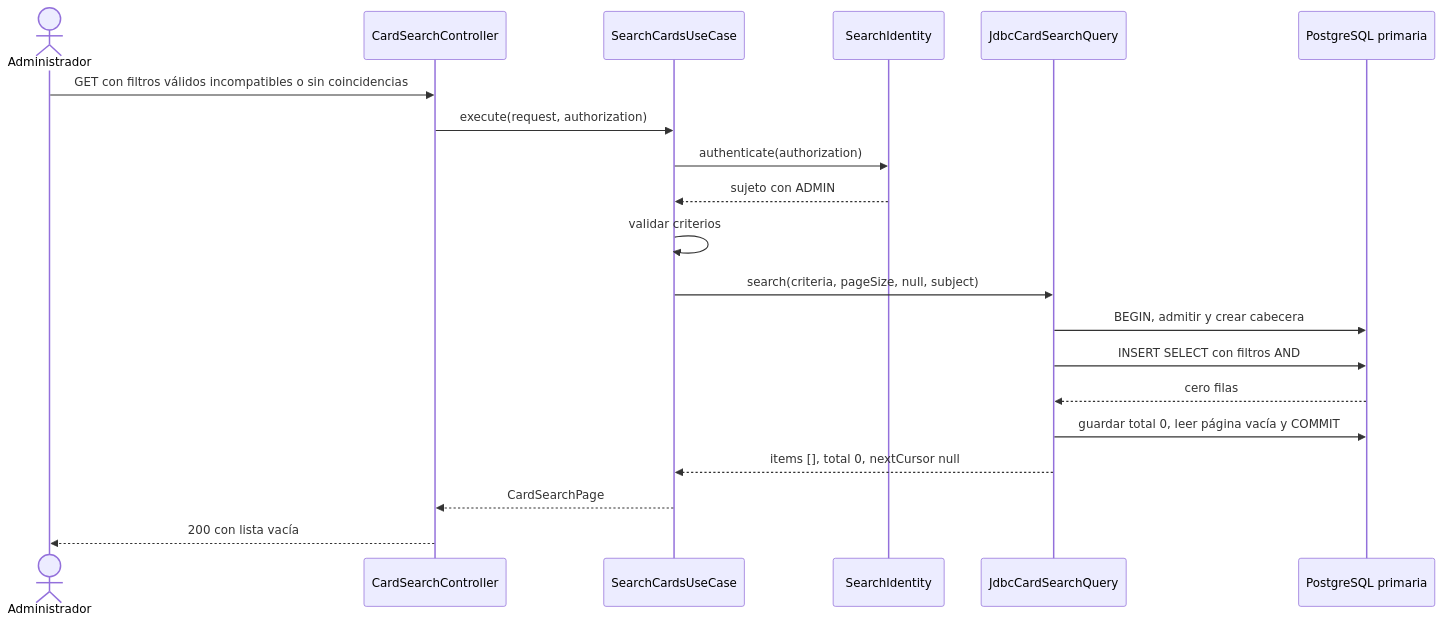
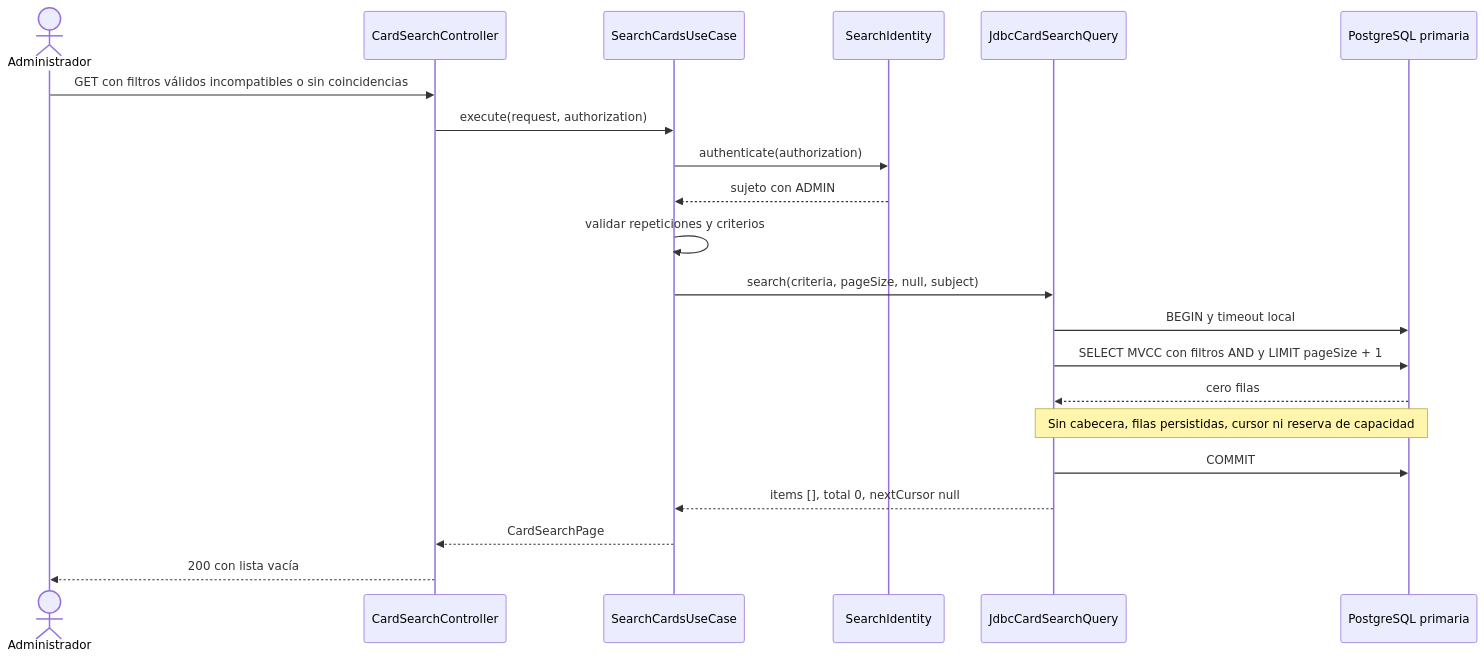
The diagram in pokearena/docs/diagrams/us39-no-matches.mmd (a-alfaro19/PokeArena), drawn with Mermaid before and after one commit. The commit also changed 15 other files, not shown here.

```diff
--- a/pokearena/docs/diagrams/us39-no-matches.mmd
+++ b/pokearena/docs/diagrams/us39-no-matches.mmd
@@ -1,20 +1,21 @@
 sequenceDiagram
     actor Admin as Administrador
     participant Web as CardSearchController
     participant App as SearchCardsUseCase
     participant Identity as SearchIdentity
     participant Query as JdbcCardSearchQuery
     participant DB as PostgreSQL primaria
     Admin->>Web: GET con filtros válidos incompatibles o sin coincidencias
     Web->>App: execute(request, authorization)
     App->>Identity: authenticate(authorization)
     Identity-->>App: sujeto con ADMIN
-    App->>App: validar criterios
+    App->>App: validar repeticiones y criterios
     App->>Query: search(criteria, pageSize, null, subject)
-    Query->>DB: BEGIN, admitir y crear cabecera
-    Query->>DB: INSERT SELECT con filtros AND
+    Query->>DB: BEGIN y timeout local
+    Query->>DB: SELECT MVCC con filtros AND y LIMIT pageSize + 1
     DB-->>Query: cero filas
-    Query->>DB: guardar total 0, leer página vacía y COMMIT
+    Note over Query,DB: Sin cabecera, filas persistidas, cursor ni reserva de capacidad
+    Query->>DB: COMMIT
     Query-->>App: items [], total 0, nextCursor null
     App-->>Web: CardSearchPage
     Web-->>Admin: 200 con lista vacía
```
